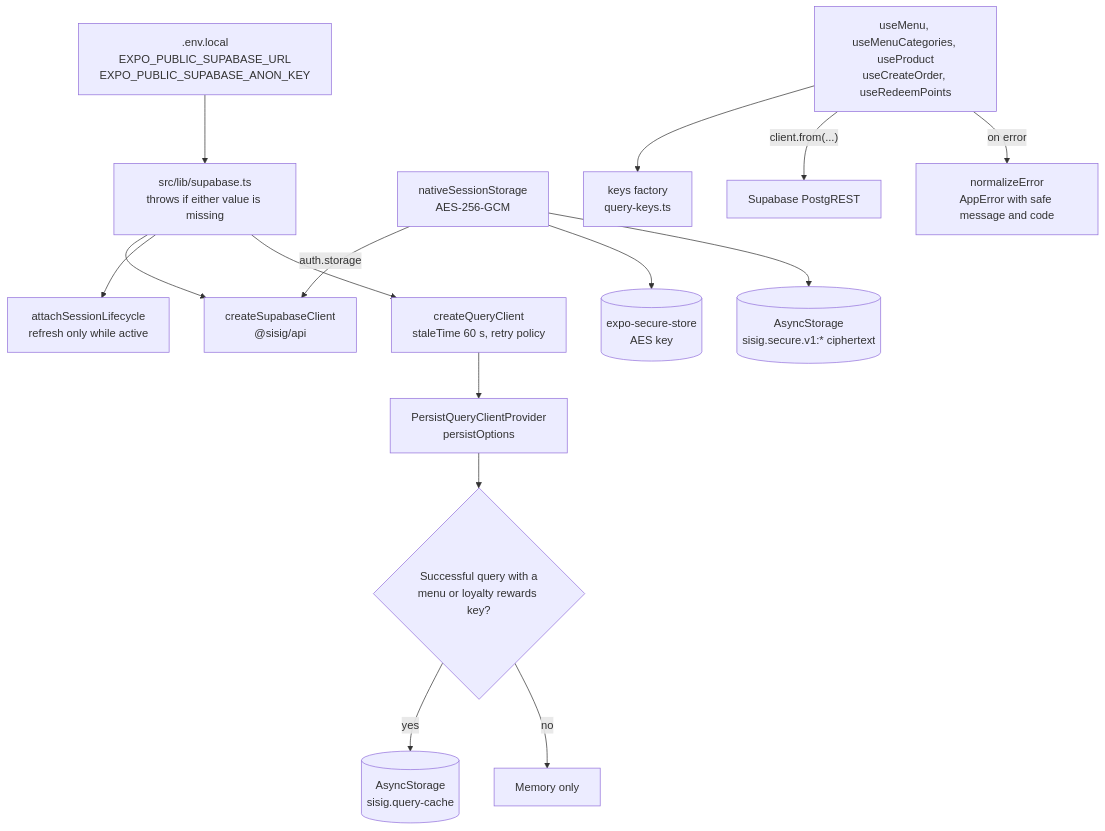
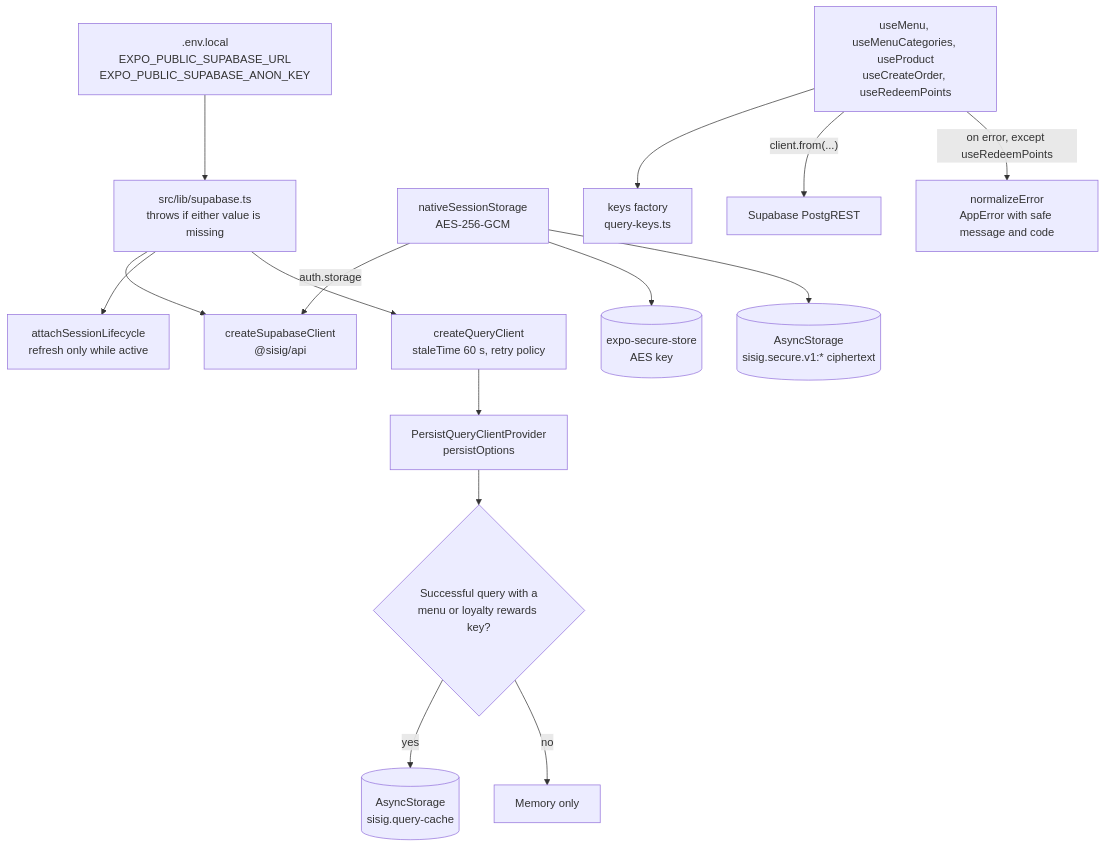
The seventh of 8 diagrams in docs/ARCHITECTURE.md (Alexd2004/Sisig), drawn with Mermaid before and after one commit. The commit also changed other lines of this file and 16 other files, not shown here.

````diff
--- a/docs/ARCHITECTURE.md
+++ b/docs/ARCHITECTURE.md
@@ -385,34 +387,34 @@
 ```mermaid
 flowchart TB
   env[".env.local<br/>EXPO_PUBLIC_SUPABASE_URL<br/>EXPO_PUBLIC_SUPABASE_ANON_KEY"]
   sbfile["src/lib/supabase.ts<br/>throws if either value is missing"]
   factory["createSupabaseClient<br/>@sisig/api"]
   adapter["nativeSessionStorage<br/>AES-256-GCM"]
   secure[("expo-secure-store<br/>AES key")]
   async1[("AsyncStorage<br/>sisig.secure.v1:* ciphertext")]
   life["attachSessionLifecycle<br/>refresh only while active"]
   qc["createQueryClient<br/>staleTime 60 s, retry policy"]
   hooks["useMenu, useMenuCategories, useProduct<br/>useCreateOrder, useRedeemPoints"]
   keyf["keys factory<br/>query-keys.ts"]
   norm["normalizeError<br/>AppError with safe message and code"]
   rest["Supabase PostgREST"]
   persist["PersistQueryClientProvider<br/>persistOptions"]
   allow{"Successful query with a<br/>menu or loyalty rewards key?"}
   async2[("AsyncStorage<br/>sisig.query-cache")]
   mem["Memory only"]
 
   env --> sbfile
   sbfile --> factory
   adapter -->|"auth.storage"| factory
   adapter --> secure
   adapter --> async1
   sbfile --> life
   sbfile --> qc
   hooks --> keyf
   hooks -->|"client.from(...)"| rest
-  hooks -->|"on error"| norm
+  hooks -->|"on error, except useRedeemPoints"| norm
   qc --> persist
   persist --> allow
   allow -->|yes| async2
   allow -->|no| mem
 ```
````
